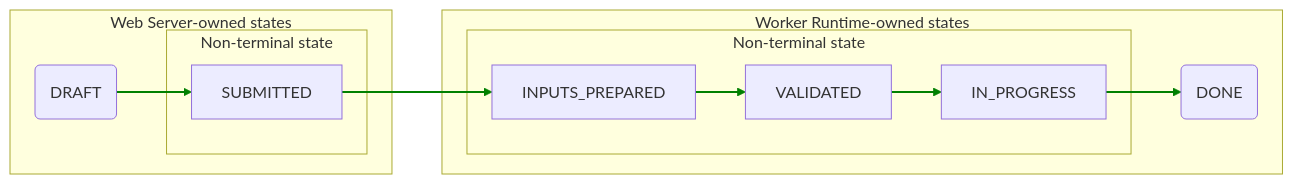
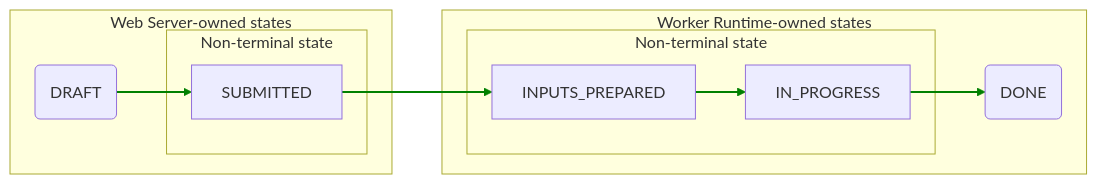
The eighth of 9 diagrams in ARCHITECTURE.md (oleksiy-sayankin/mdds), drawn with Mermaid before and after one commit. The commit also changed other lines of this file, not shown here.

````diff
--- a/ARCHITECTURE.md
+++ b/ARCHITECTURE.md
@@ -908,26 +841,24 @@
 ```mermaid
 graph LR;
   subgraph SERVER[Web Server-owned states]
     DRAFT(DRAFT)
     subgraph A[Non-terminal state]
     SUBMITTED
     end
   end
 
   subgraph WORKER[Worker Runtime-owned states]
     subgraph B[Non-terminal state]
     INPUTS_PREPARED
-    VALIDATED
     IN_PROGRESS
     end
     DONE(DONE)
   end
 
     DRAFT-->SUBMITTED;
     SUBMITTED-->INPUTS_PREPARED;
-    INPUTS_PREPARED-->VALIDATED;
-    VALIDATED-->IN_PROGRESS;
+    INPUTS_PREPARED-->IN_PROGRESS;
     IN_PROGRESS-->DONE;
 
-  linkStyle 0,1,2,3,4 stroke-width:2px,fill:none,stroke:green;    
+  linkStyle 0,1,2,3 stroke-width:2px,fill:none,stroke:green;    
 ```
````
